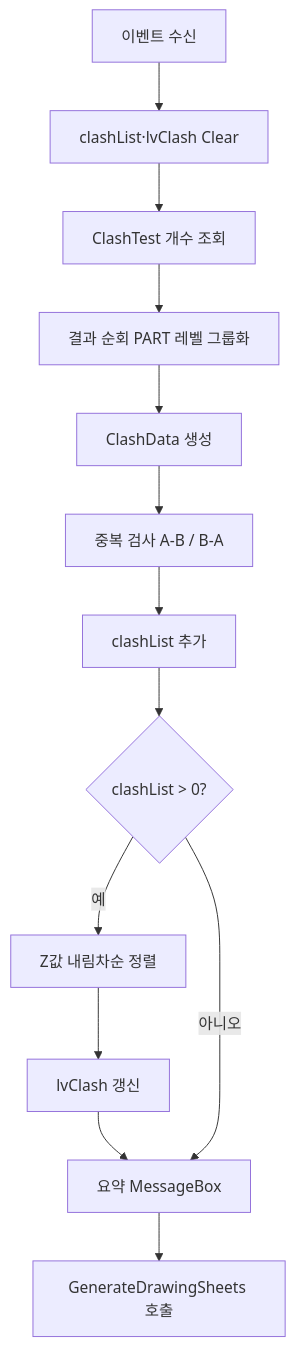
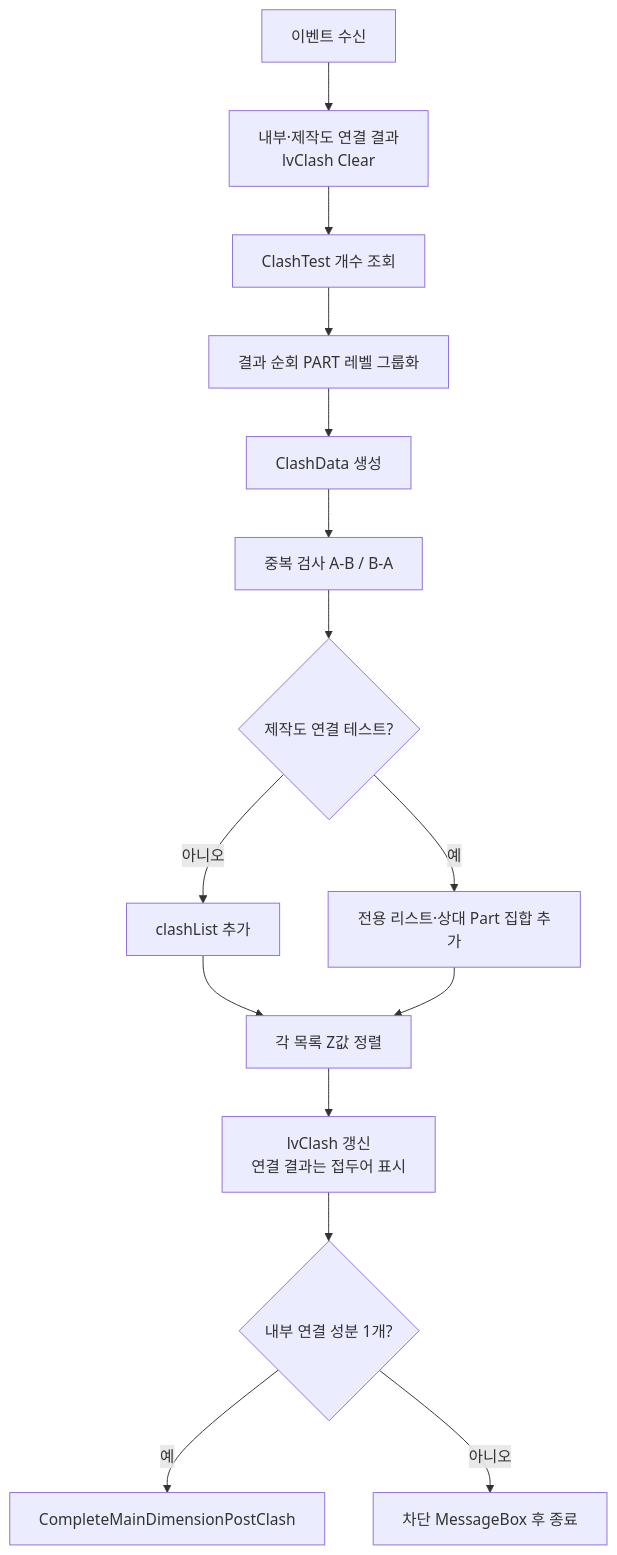
One commit to uuuuj/a2z changed the diagram in docs/기능/간섭검사/간섭검사 완료 이벤트.md. Above: the diagram before and after it, drawn with Mermaid. The commit also changed other lines of this file and 12 other files, not shown here.

````diff
--- a/docs/기능/간섭검사/간섭검사 완료 이벤트.md
+++ b/docs/기능/간섭검사/간섭검사 완료 이벤트.md
@@ -29,15 +29,17 @@
 ```mermaid
 flowchart TD
-    A[이벤트 수신] --> B[clashList·lvClash Clear]
+    A[이벤트 수신] --> B[내부·제작도 연결 결과<br/>lvClash Clear]
     B --> C[ClashTest 개수 조회]
     C --> D[결과 순회 PART 레벨 그룹화]
     D --> E[ClashData 생성]
     E --> F[중복 검사 A-B / B-A]
-    F --> G[clashList 추가]
-    G --> H{clashList > 0?}
-    H -- 예 --> I[Z값 내림차순 정렬]
-    I --> J[lvClash 갱신]
-    J --> K[요약 MessageBox]
-    K --> L[GenerateDrawingSheets 호출]
-    H -- 아니오 --> K
+    F --> G{제작도 연결 테스트?}
+    G -- 아니오 --> H[clashList 추가]
+    G -- 예 --> I[전용 리스트·상대 Part 집합 추가]
+    H --> J[각 목록 Z값 정렬]
+    I --> J
+    J --> K[lvClash 갱신<br/>연결 결과는 접두어 표시]
+    K --> L{내부 연결 성분 1개?}
+    L -- 예 --> M[CompleteMainDimensionPostClash]
+    L -- 아니오 --> N[차단 MessageBox 후 종료]
 ```
````
